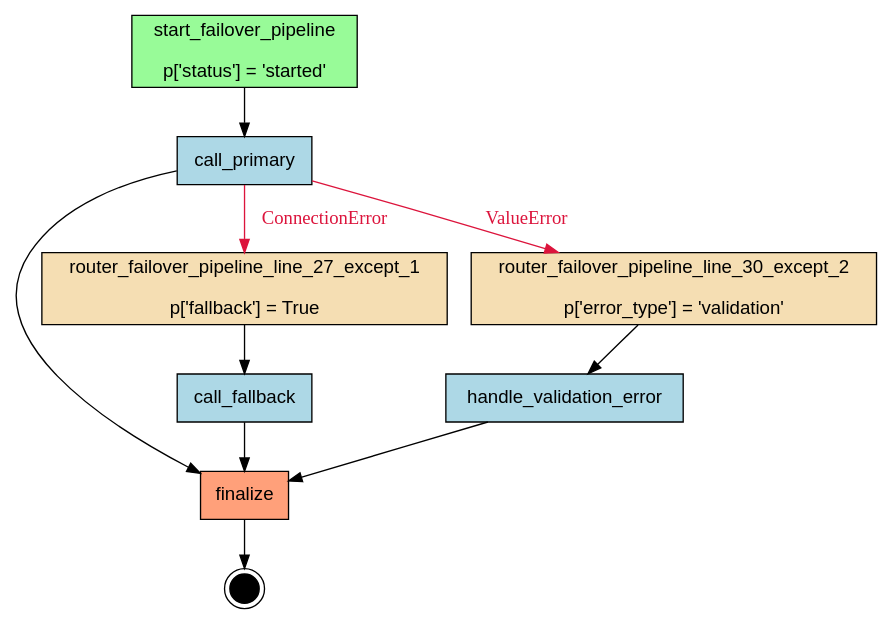
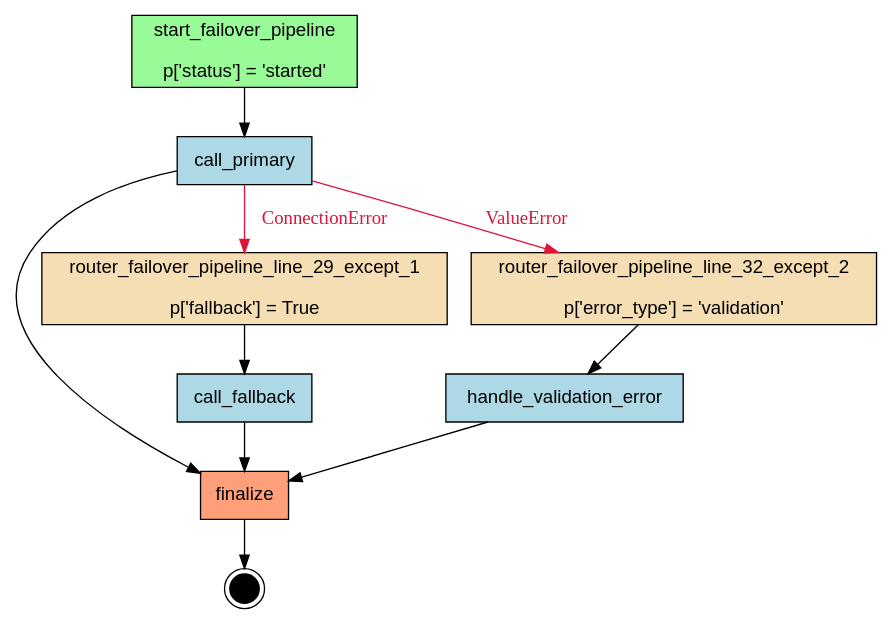
The diagram in examples/flows/compiled/resiliency_error_routing/flow.dot (deliveryhero/asya), drawn with Graphviz before and after one commit. The commit also changed 105 other files, not shown here.

```diff
--- a/examples/flows/compiled/resiliency_error_routing/flow.dot
+++ b/examples/flows/compiled/resiliency_error_routing/flow.dot
@@ -1,26 +1,26 @@
 digraph "failover_pipeline" {
     rankdir=TB;
     node [shape=box, style=filled, fontname="Helvetica"];
 
     { rank=source; start_failover_pipeline; }
 
     call_fallback [label="call_fallback", fillcolor=lightblue];
     call_primary [label="call_primary", fillcolor=lightblue];
     finalize [label="finalize", fillcolor=lightsalmon];
     handle_validation_error [label="handle_validation_error", fillcolor=lightblue];
-    router_failover_pipeline_line_27_except_1 [label="router_failover_pipeline_line_27_except_1\n\np['fallback'] = True", fillcolor=wheat];
-    router_failover_pipeline_line_30_except_2 [label="router_failover_pipeline_line_30_except_2\n\np['error_type'] = 'validation'", fillcolor=wheat];
+    router_failover_pipeline_line_29_except_1 [label="router_failover_pipeline_line_29_except_1\n\np['fallback'] = True", fillcolor=wheat];
+    router_failover_pipeline_line_32_except_2 [label="router_failover_pipeline_line_32_except_2\n\np['error_type'] = 'validation'", fillcolor=wheat];
     start_failover_pipeline [label="start_failover_pipeline\n\np['status'] = 'started'", fillcolor=palegreen];
 
     __end__ [label="", shape=doublecircle, fillcolor=black, width=0.3, fixedsize=true];
 
     start_failover_pipeline -> call_primary;
     call_primary -> finalize;
-    router_failover_pipeline_line_27_except_1 -> call_fallback;
+    router_failover_pipeline_line_29_except_1 -> call_fallback;
     call_fallback -> finalize;
-    router_failover_pipeline_line_30_except_2 -> handle_validation_error;
+    router_failover_pipeline_line_32_except_2 -> handle_validation_error;
     handle_validation_error -> finalize;
-    call_primary -> router_failover_pipeline_line_27_except_1 [label="ConnectionError", color="#DC143C", fontcolor="#DC143C"];
-    call_primary -> router_failover_pipeline_line_30_except_2 [label="ValueError", color="#DC143C", fontcolor="#DC143C"];
+    call_primary -> router_failover_pipeline_line_29_except_1 [label="ConnectionError", color="#DC143C", fontcolor="#DC143C"];
+    call_primary -> router_failover_pipeline_line_32_except_2 [label="ValueError", color="#DC143C", fontcolor="#DC143C"];
     finalize -> __end__;
 }
```
